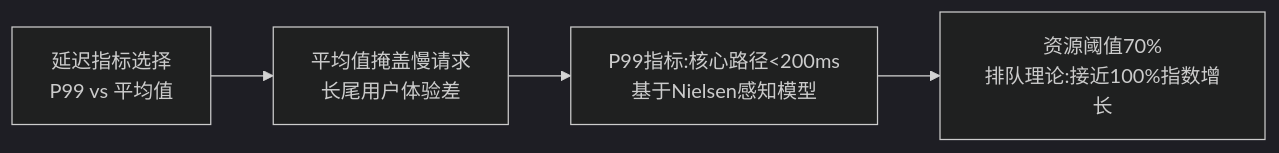
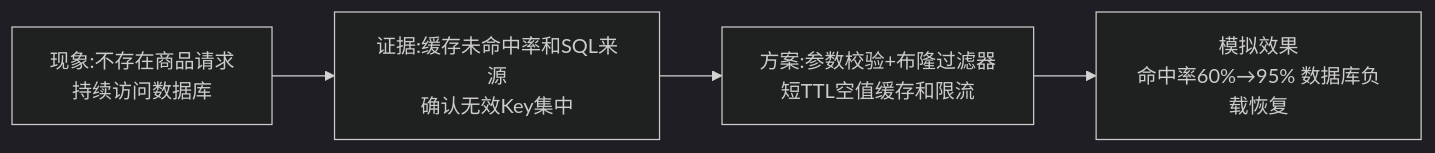
Before and after one commit to EdgarLQS/SoftwareArchitectureExamGuide: the third of 4 diagrams in 02-论文专题/0003-测试/00-大纲记忆卡.md, drawn with Mermaid (dark theme). The commit also changed other lines of this file, not shown here.

````diff
--- a/02-论文专题/0003-测试/00-大纲记忆卡.md
+++ b/02-论文专题/0003-测试/00-大纲记忆卡.md
@@ -41,6 +115,6 @@
 ```mermaid
 flowchart LR
-    A["延迟指标选择<br/>P99 vs 平均值"] --> B["平均值掩盖慢请求<br/>长尾用户体验差"]
-    B --> C["P99指标:核心路径<200ms<br/>基于Nielsen感知模型"]
-    C --> D["资源阈值70%<br/>排队理论:接近100%指数增长"]
+    A["现象:不存在商品请求<br/>持续访问数据库"] --> B["证据:缓存未命中率和SQL来源<br/>确认无效Key集中"]
+    B --> C["方案:参数校验+布隆过滤器<br/>短TTL空值缓存和限流"]
+    C --> D["模拟效果<br/>命中率60%→95% 数据库负载恢复"]
 ```
````
